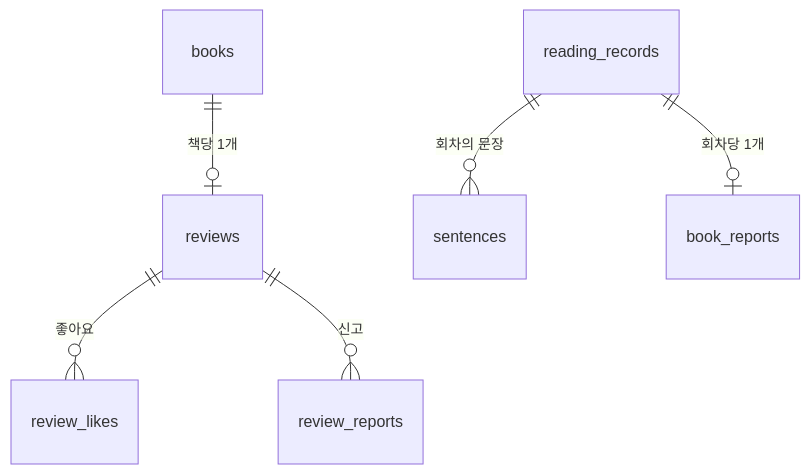
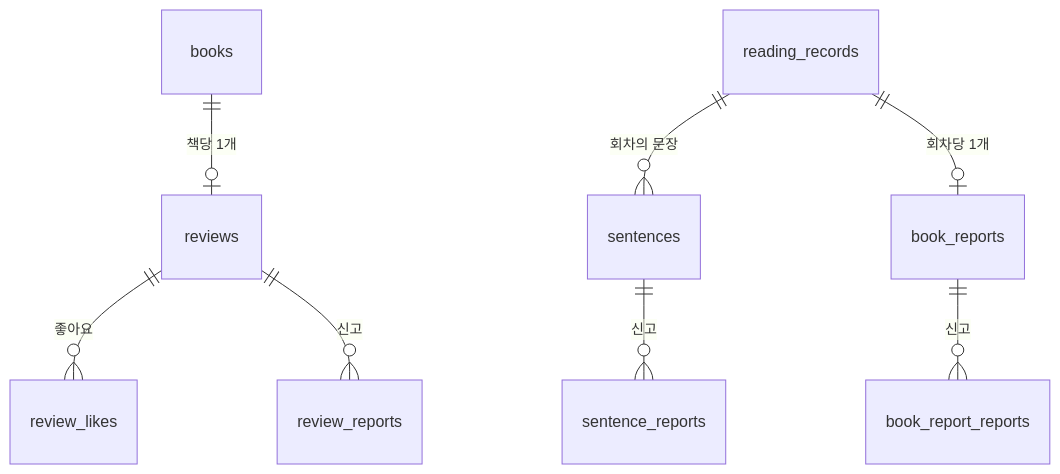
One commit to soo123123/chaekdami changed the diagram in docs/domains/review/data.md. Above: the diagram before and after it, drawn with Mermaid. The commit also changed other lines of this file and 44 other files, not shown here.

````diff
--- a/docs/domains/review/data.md
+++ b/docs/domains/review/data.md
@@ -10,8 +10,10 @@
 ```mermaid
 erDiagram
   books ||--o| reviews : "책당 1개"
   reading_records ||--o{ sentences : "회차의 문장"
   reading_records ||--o| book_reports : "회차당 1개"
   reviews ||--o{ review_likes : "좋아요"
   reviews ||--o{ review_reports : "신고"
+  book_reports ||--o{ book_report_reports : "신고"
+  sentences ||--o{ sentence_reports : "신고"
 ```
````
